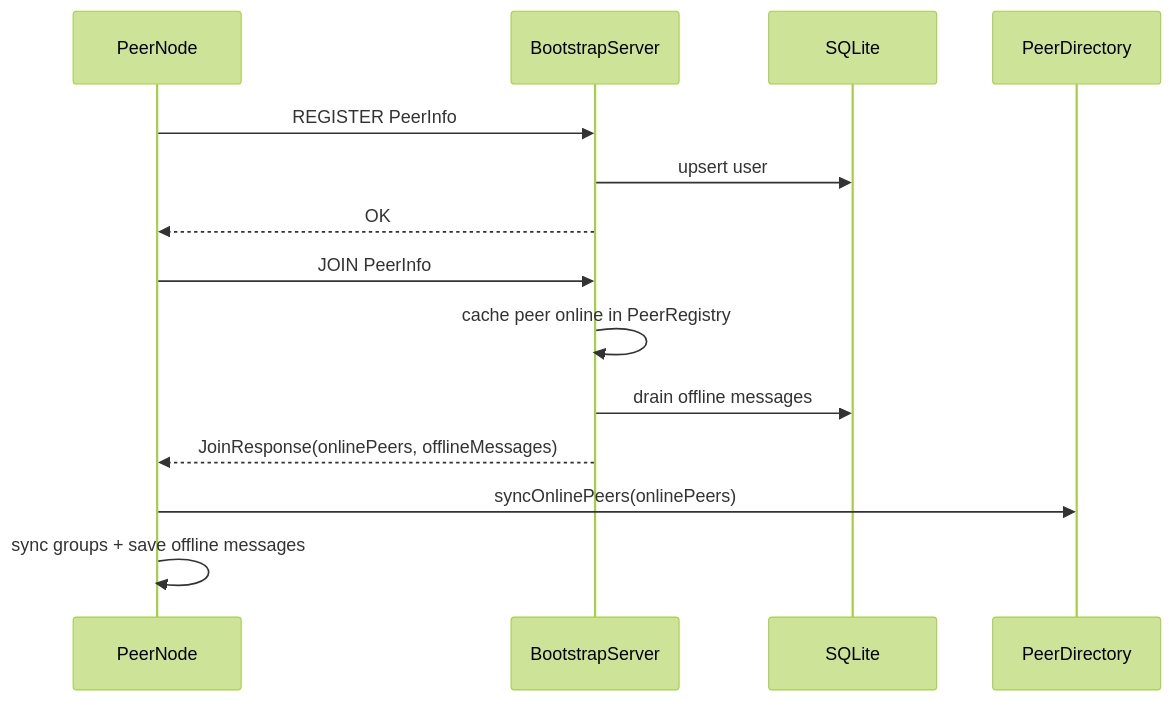
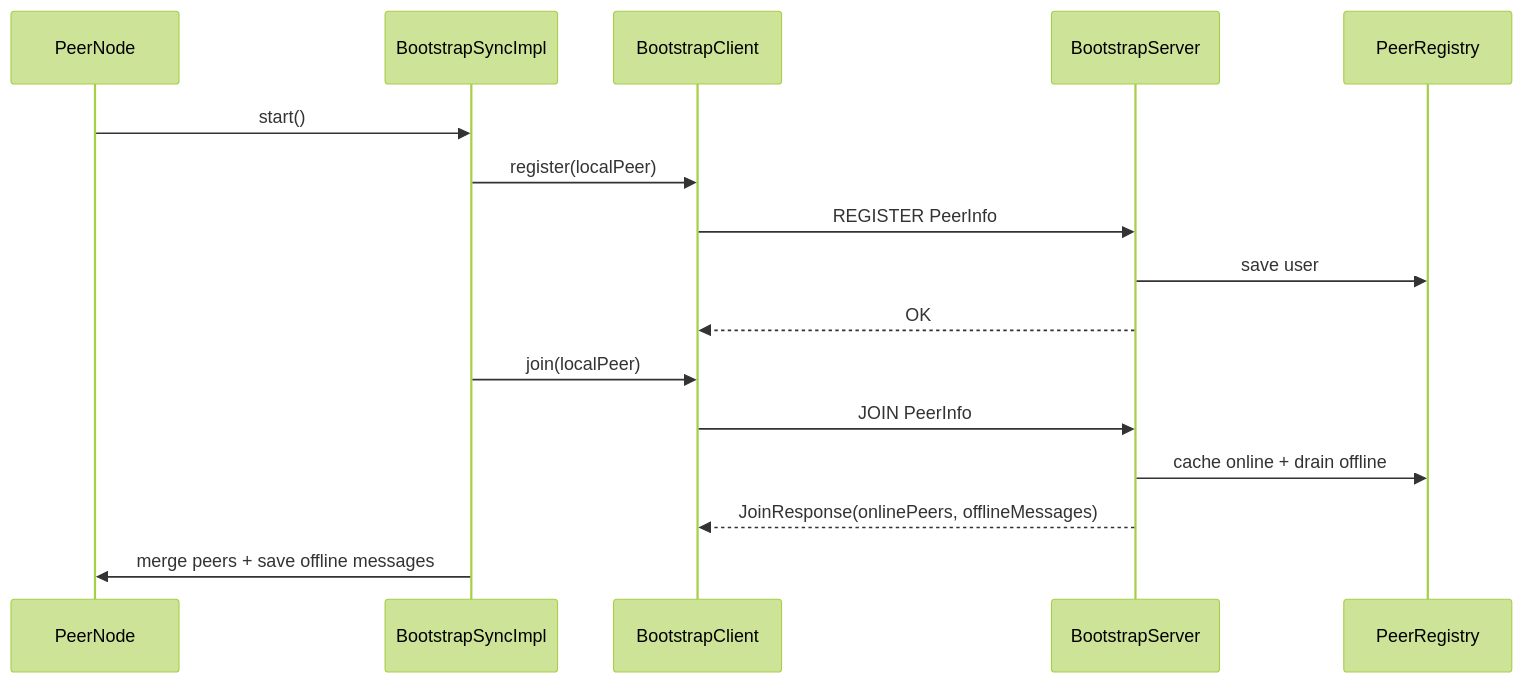
Before and after one commit to dungcony/p2p: the first of 2 diagrams in docs/nop-bai/04_co_che_peer_discovery.md, drawn with Mermaid (forest theme). The commit also changed other lines of this file and 9 other files, not shown here.

````diff
--- a/docs/nop-bai/04_co_che_peer_discovery.md
+++ b/docs/nop-bai/04_co_che_peer_discovery.md
@@ -47,17 +31,19 @@
 ```mermaid
 sequenceDiagram
     participant P as PeerNode
+    participant Sync as BootstrapSyncImpl
+    participant Client as BootstrapClient
     participant BS as BootstrapServer
-    participant DB as SQLite
-    participant Dir as PeerDirectory
+    participant Registry as PeerRegistry
 
-    P->>BS: REGISTER PeerInfo
-    BS->>DB: upsert user
-    BS-->>P: OK
-    P->>BS: JOIN PeerInfo
-    BS->>BS: cache peer online in PeerRegistry
-    BS->>DB: drain offline messages
-    BS-->>P: JoinResponse(onlinePeers, offlineMessages)
-    P->>Dir: syncOnlinePeers(onlinePeers)
-    P->>P: sync groups + save offline messages
+    P->>Sync: start()
+    Sync->>Client: register(localPeer)
+    Client->>BS: REGISTER PeerInfo
+    BS->>Registry: save user
+    BS-->>Client: OK
+    Sync->>Client: join(localPeer)
+    Client->>BS: JOIN PeerInfo
+    BS->>Registry: cache online + drain offline
+    BS-->>Client: JoinResponse(onlinePeers, offlineMessages)
+    Sync->>P: merge peers + save offline messages
 ```
````
